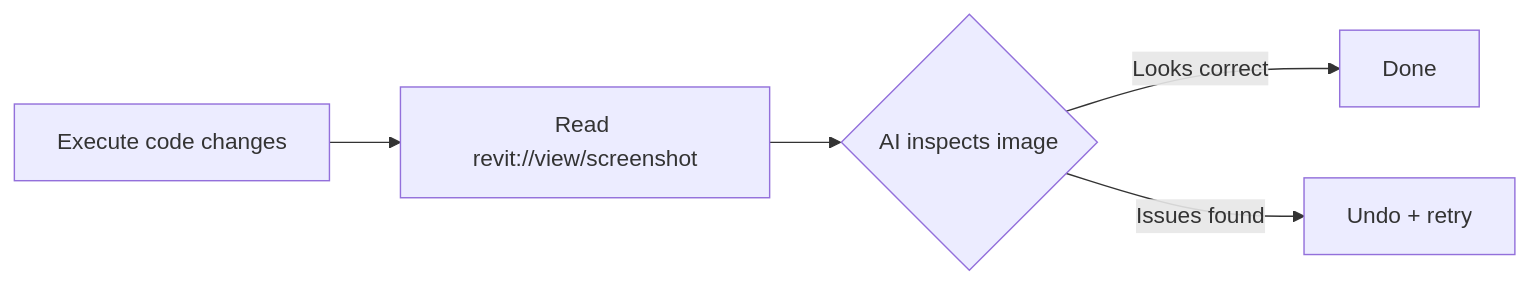
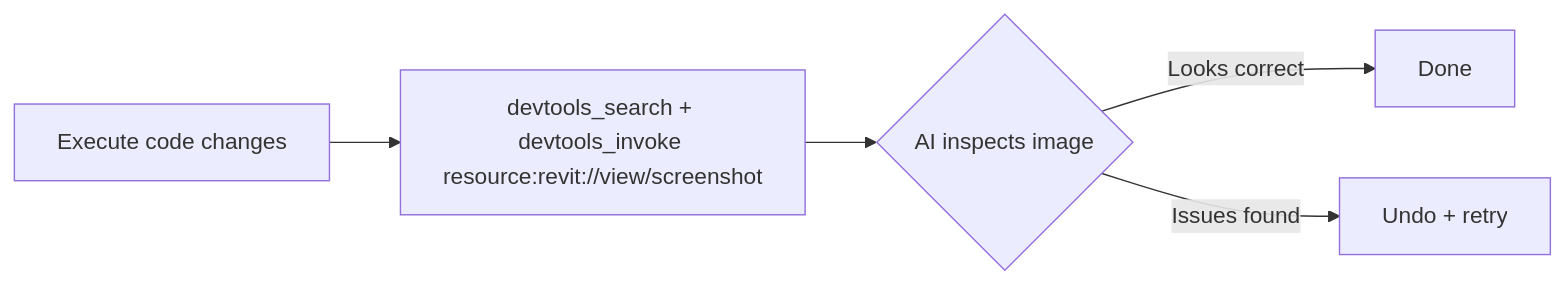
The second of 4 diagrams in docs/MCP/workflows.md (trgiangv/RevitDevTool), drawn with Mermaid before and after one commit. The commit also changed other lines of this file and 3 other files, not shown here.

````diff
--- a/docs/MCP/workflows.md
+++ b/docs/MCP/workflows.md
@@ -30,7 +42,7 @@
 ```mermaid
 flowchart LR
-    A[Execute code changes] --> B[Read revit://view/screenshot]
+    A[Execute code changes] --> B[devtools_search + devtools_invoke resource:revit://view/screenshot]
     B --> C{AI inspects image}
     C -->|Looks correct| D[Done]
     C -->|Issues found| E[Undo + retry]
 ```
````
